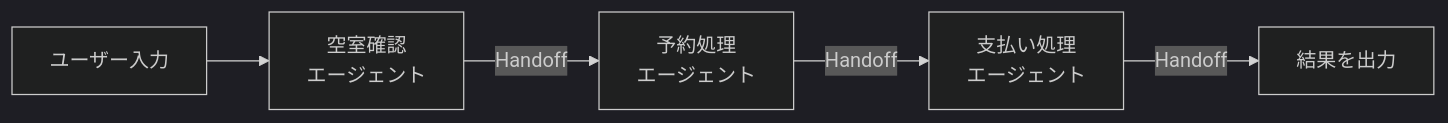
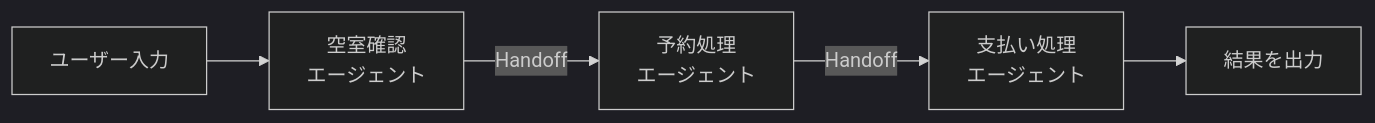
Before and after one commit to mamezou-tech/mamezou-tech-site: the second of 2 diagrams in src/posts/blogs/2025/0323_openai-agents-sdk-intro.md, drawn with Mermaid (dark theme). The commit also changed other lines of this file and 2 other files, not shown here.

Commit message:
fix: remove unnecessary handoff notation in flow diagrams
The handoff notation (`|Handoff|`) was removed from the diagrams in all language versions to simplify the flow. This change ensures consistency and improves readability across the representations. Additionally, a minor wording update was made in the Japanese text for clarity.

````diff
--- a/src/posts/blogs/2025/0323_openai-agents-sdk-intro.md
+++ b/src/posts/blogs/2025/0323_openai-agents-sdk-intro.md
@@ -535,7 +535,7 @@
 ```mermaid
 flowchart LR
     A[ユーザー入力] --> B[空室確認<br>エージェント]
     B -->|Handoff| C[予約処理<br>エージェント]
     C -->|Handoff| D[支払い処理<br>エージェント]
-    D -->|Handoff| E[結果を出力]
+    D --> E[結果を出力]
 ```
````
